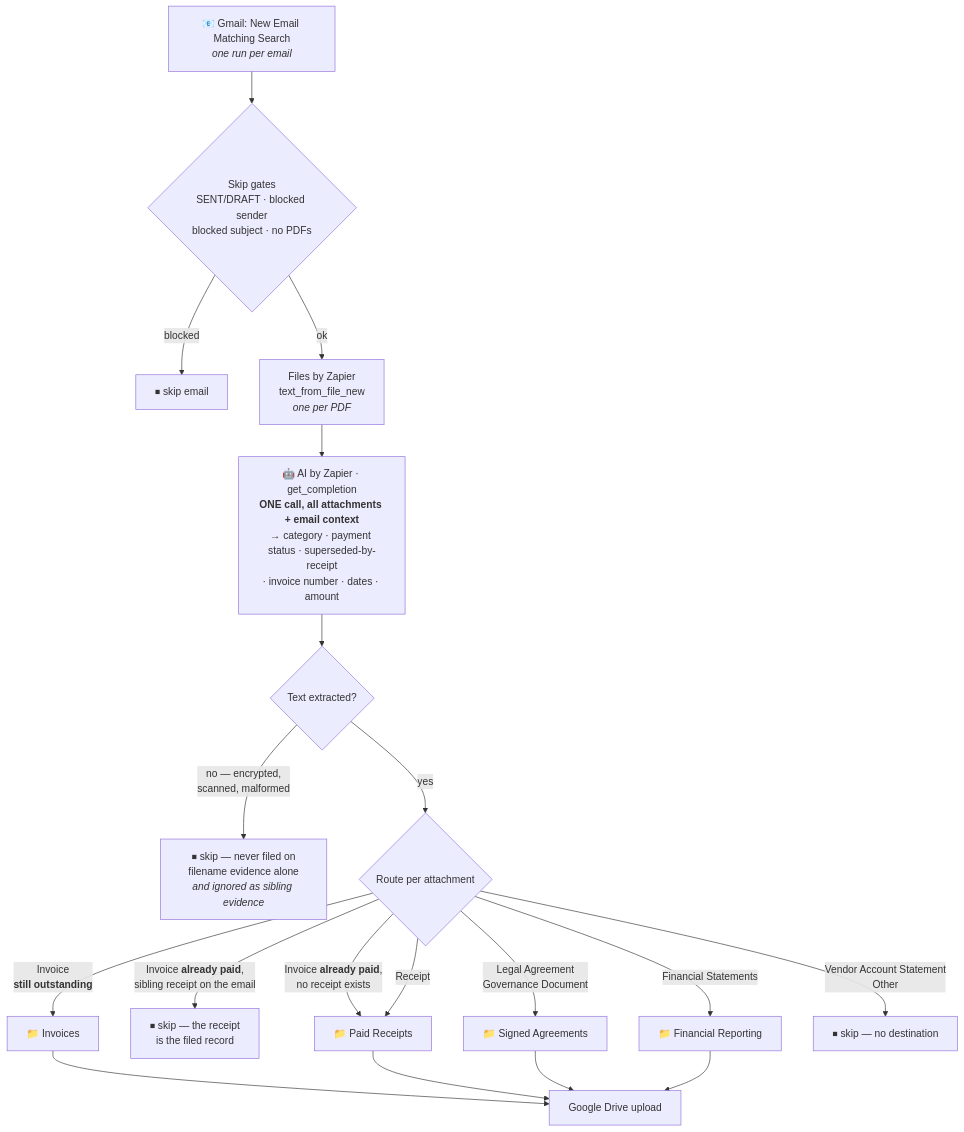
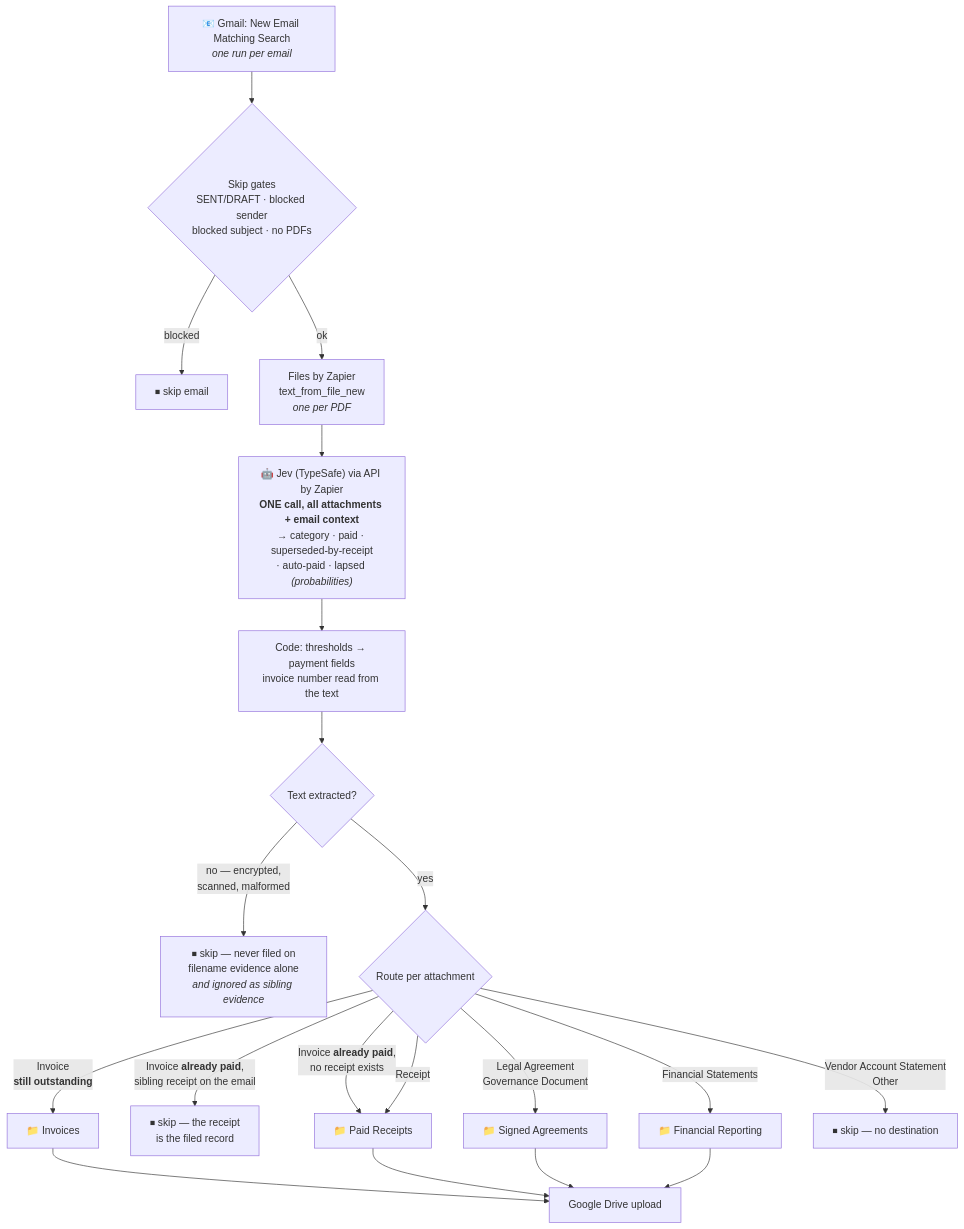
The diagram in gmail-attachments-to-drive-by-type/README.md (work-flowers/zapier-sdk), drawn with Mermaid before and after one commit. The commit also changed other lines of this file and 6 other files, not shown here.

First line of the commit message:
gmail-attachments-to-drive-by-type: classify with Jev instead of AI by Zapier

````diff
--- a/gmail-attachments-to-drive-by-type/README.md
+++ b/gmail-attachments-to-drive-by-type/README.md
@@ -36,23 +37,24 @@
 ```mermaid
 flowchart TD
     T["📧 Gmail: New Email Matching Search<br/><i>one run per email</i>"] --> G{"Skip gates<br/>SENT/DRAFT · blocked sender<br/>blocked subject · no PDFs"}
     G -- blocked --> X["⏹ skip email"]
     G -- ok --> E["Files by Zapier<br/>text_from_file_new<br/><i>one per PDF</i>"]
-    E --> AI["🤖 AI by Zapier · get_completion<br/><b>ONE call, all attachments + email context</b><br/>→ category · payment status · superseded-by-receipt<br/>· invoice number · dates · amount"]
-    AI --> RD{"Text extracted?"}
+    E --> AI["🤖 Jev (TypeSafe) via API by Zapier<br/><b>ONE call, all attachments + email context</b><br/>→ category · paid · superseded-by-receipt<br/>· auto-paid · lapsed <i>(probabilities)</i>"]
+    AI --> N["Code: thresholds → payment fields<br/>invoice number read from the text"]
+    N --> RD{"Text extracted?"}
     RD -- "no — encrypted,<br/>scanned, malformed" --> S0["⏹ skip — never filed on<br/>filename evidence alone<br/><i>and ignored as sibling evidence</i>"]
     RD -- yes --> R{"Route per attachment"}
 
     R -- "Invoice<br/><b>still outstanding</b>" --> INV["📁 Invoices"]
     R -- "Invoice <b>already paid</b>,<br/>sibling receipt on the email" --> S1["⏹ skip — the receipt<br/>is the filed record"]
     R -- "Invoice <b>already paid</b>,<br/>no receipt exists" --> REC
     R -- Receipt --> REC["📁 Paid Receipts"]
     R -- "Legal Agreement<br/>Governance Document" --> AGR["📁 Signed Agreements"]
     R -- "Financial Statements" --> FIN["📁 Financial Reporting"]
     R -- "Vendor Account Statement<br/>Other" --> S2["⏹ skip — no destination"]
 
     INV --> U["Google Drive upload"]
     REC --> U
     AGR --> U
     FIN --> U
 ```
````
